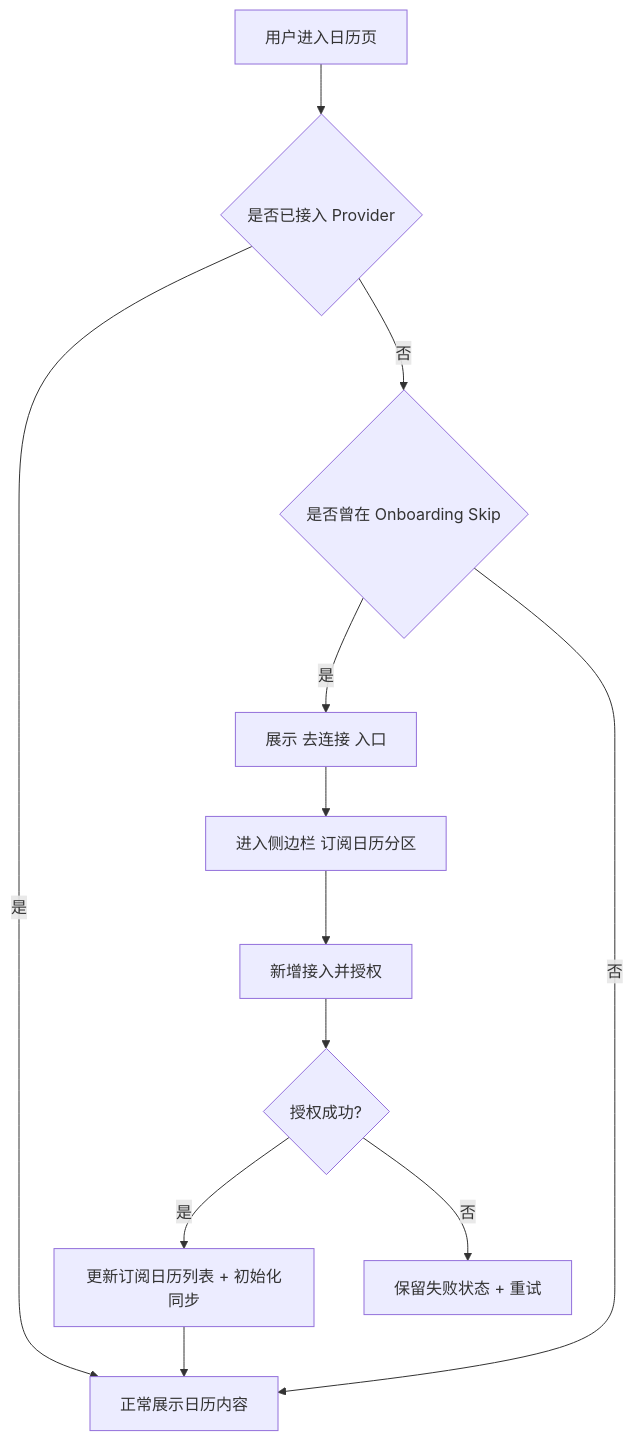
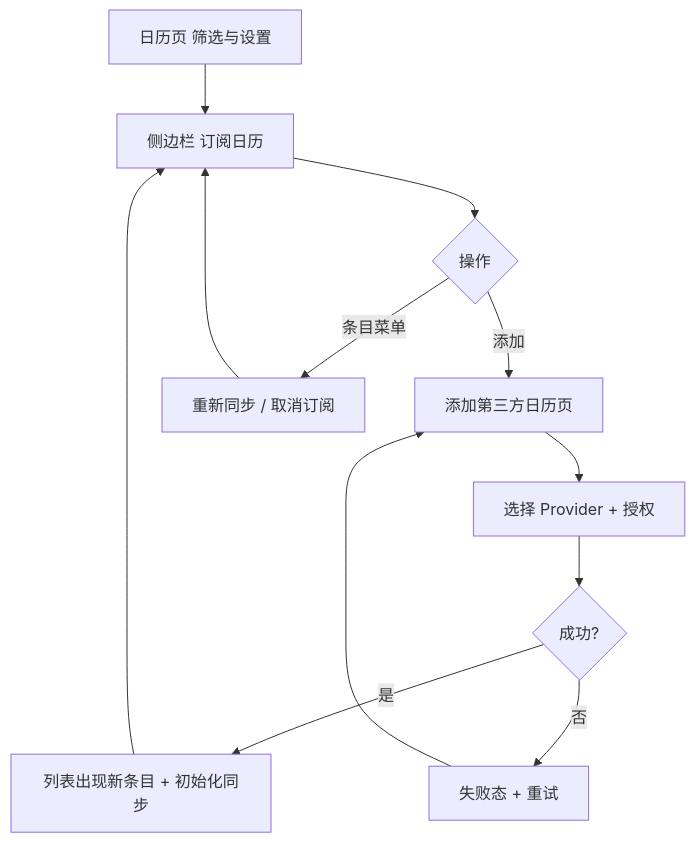
The first of 2 diagrams in bizcard-3.0-phase2/PRD_CALENDAR_INTEGRATION_ENTRY_AND_MANAGEMENT.md (IgniteTheSpark/bizcard), drawn with Mermaid before and after one commit. The commit also changed other lines of this file and 6 other files, not shown here.

````diff
--- a/bizcard-3.0-phase2/PRD_CALENDAR_INTEGRATION_ENTRY_AND_MANAGEMENT.md
+++ b/bizcard-3.0-phase2/PRD_CALENDAR_INTEGRATION_ENTRY_AND_MANAGEMENT.md
@@ -105,14 +50,14 @@
 ```mermaid
 flowchart TD
-  A[用户进入日历页] --> B{是否已接入 Provider}
-  B -->|是| C[正常展示日历内容]
-  B -->|否| D{是否曾在 Onboarding Skip}
-  D -->|是| E[展示 去连接 入口]
-  D -->|否| C
-  E --> F[进入侧边栏 订阅日历分区]
-  F --> G[新增接入并授权]
-  G --> H{授权成功?}
-  H -->|是| I[更新订阅日历列表 + 初始化同步]
-  H -->|否| J[保留失败状态 + 重试]
-  I --> C
+  A[日历页 筛选与设置] --> B[侧边栏 订阅日历]
+  B --> C{操作}
+  C -->|添加| D[添加第三方日历页]
+  D --> E[选择 Provider + 授权]
+  E --> F{成功?}
+  F -->|是| G[列表出现新条目 + 初始化同步]
+  F -->|否| H[失败态 + 重试]
+  G --> B
+  H --> D
+  C -->|条目菜单| I[重新同步 / 取消订阅]
+  I --> B
 ```
````
